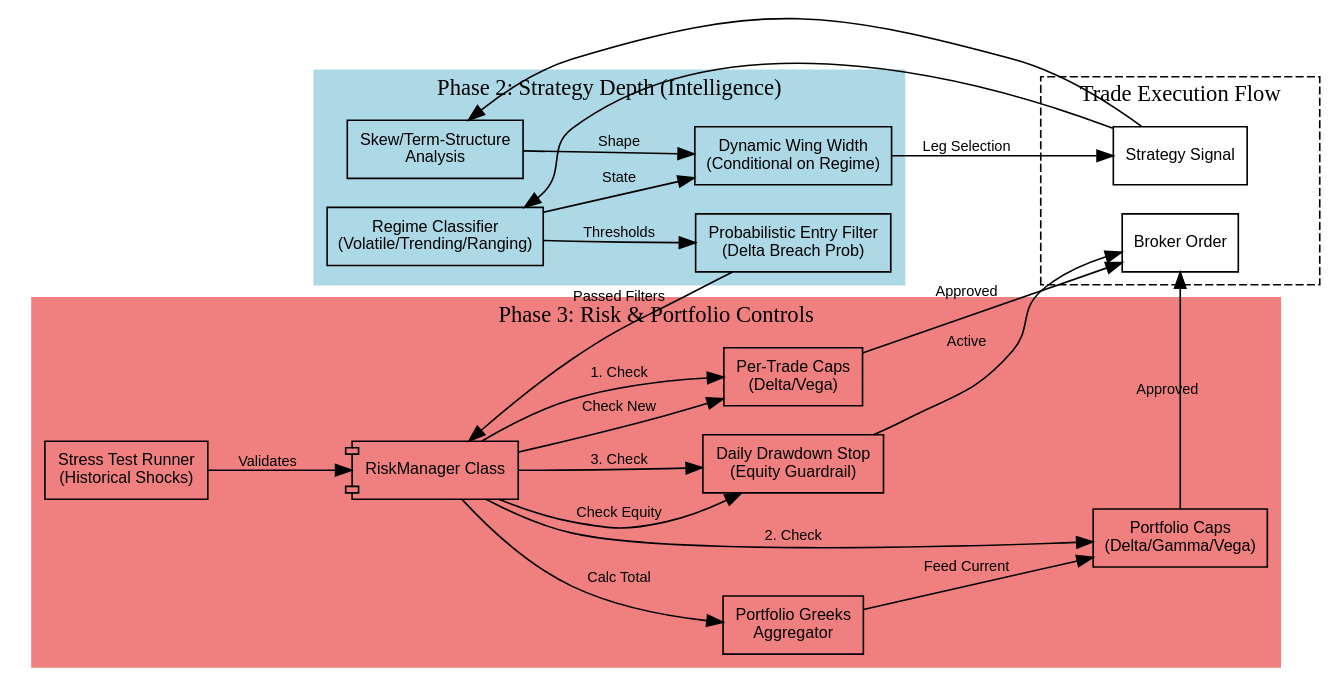
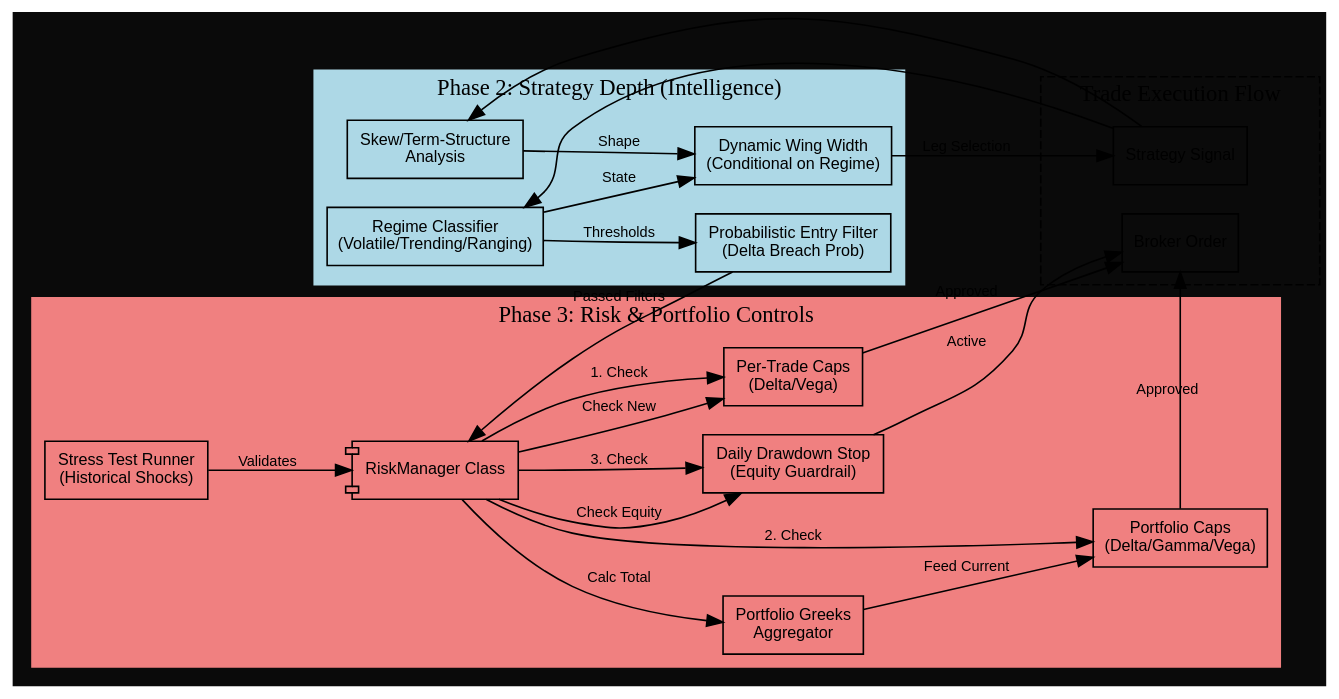
The diagram in docs/architecture/phase2_phase3_architecture.dot (trextrader/spy-iron-condor-trading), drawn with Graphviz before and after one commit. The commit also changed other lines of this file and 36 other files, not shown here.

Commit message:
Apply Black Background to All Architecture Diagrams + Regenerate PNGs

```diff
--- a/docs/architecture/phase2_phase3_architecture.dot
+++ b/docs/architecture/phase2_phase3_architecture.dot
@@ -1,65 +1,66 @@
 
 digraph Phase2_Phase3_Architecture {
+    bgcolor="#0a0a0a";
     rankdir=LR;
     node [shape=box, fontname="Arial", fontsize=10];
     edge [fontname="Arial", fontsize=9];
 
     subgraph cluster_Phase2 {
         label="Phase 2: Strategy Depth (Intelligence)";
         style=filled;
         color=lightblue;
         
         SkewAnalysis [label="Skew/Term-Structure\nAnalysis"];
         RegimeClassifier [label="Regime Classifier\n(Volatile/Trending/Ranging)"];
         WingWidthLogic [label="Dynamic Wing Width\n(Conditional on Regime)"];
         ProbFilter [label="Probabilistic Entry Filter\n(Delta Breach Prob)"];
         
         SkewAnalysis -> WingWidthLogic [label="Shape"];
         RegimeClassifier -> WingWidthLogic [label="State"];
         RegimeClassifier -> ProbFilter [label="Thresholds"];
     }
 
     subgraph cluster_Phase3 {
         label="Phase 3: Risk & Portfolio Controls";
         style=filled;
         color=lightcoral;
         
         RiskManager [label="RiskManager Class", shape=component];
         GreeksAggregator [label="Portfolio Greeks\nAggregator"];
         TradeCaps [label="Per-Trade Caps\n(Delta/Vega)"];
         PortCaps [label="Portfolio Caps\n(Delta/Gamma/Vega)"];
         DrawdownStop [label="Daily Drawdown Stop\n(Equity Guardrail)"];
         StressTest [label="Stress Test Runner\n(Historical Shocks)"];
         
         RiskManager -> GreeksAggregator [label="Calc Total"];
         GreeksAggregator -> PortCaps [label="Feed Current"];
         RiskManager -> TradeCaps [label="Check New"];
         RiskManager -> DrawdownStop [label="Check Equity"];
     }
 
     subgraph cluster_Execution {
         label="Trade Execution Flow";
         style=dashed;
         
         SignalGen [label="Strategy Signal"];
         OrderPlacement [label="Broker Order"];
     }
 
     # Connections
     SignalGen -> SkewAnalysis;
     SignalGen -> RegimeClassifier;
     
     ProbFilter -> RiskManager [label="Passed Filters"];
     
     RiskManager -> TradeCaps [label="1. Check"];
     RiskManager -> PortCaps [label="2. Check"];
     RiskManager -> DrawdownStop [label="3. Check"];
     
     TradeCaps -> OrderPlacement [label="Approved"];
     PortCaps -> OrderPlacement [label="Approved"];
     DrawdownStop -> OrderPlacement [label="Active"];
 
     WingWidthLogic -> SignalGen [label="Leg Selection"];
 
     StressTest -> RiskManager [label="Validates"];
 }
```
